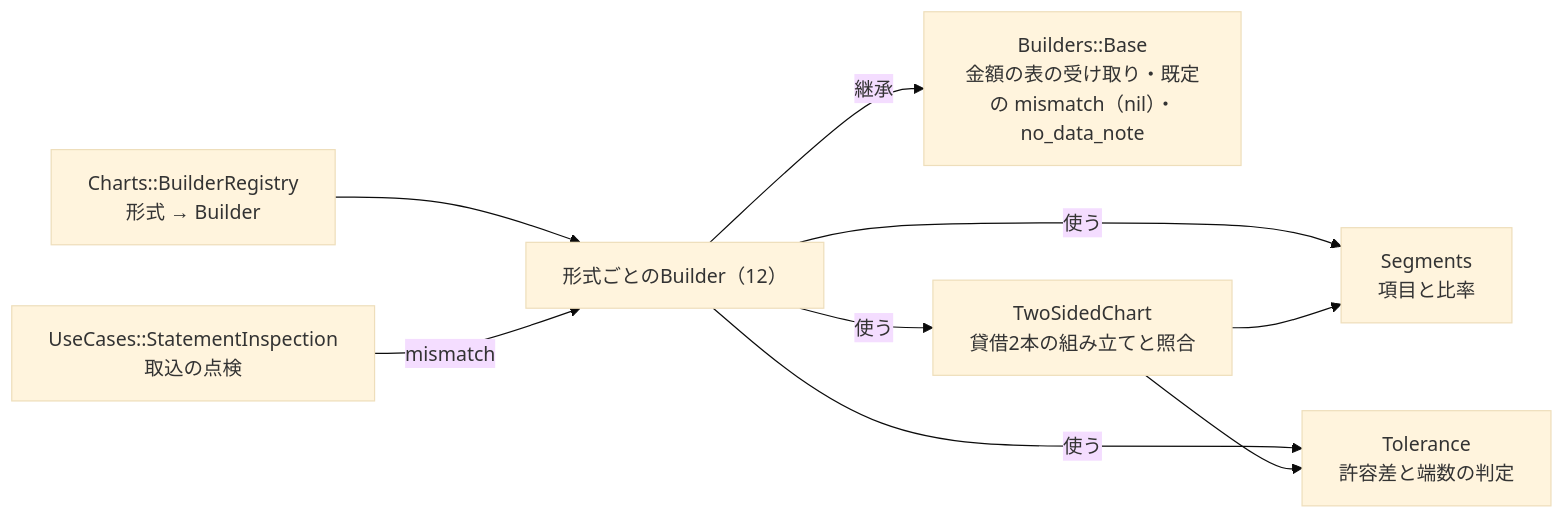
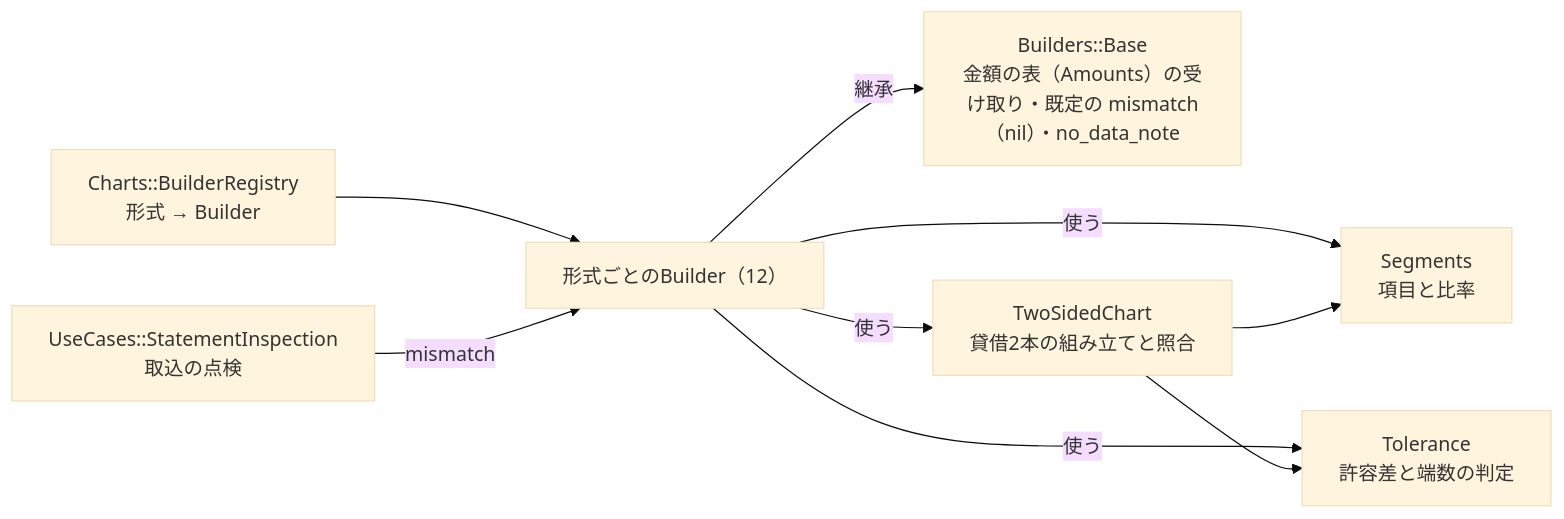
Diagram 12 of 12 in docs/guide/03_data_flow.md (shin4488/financial-statement), drawn with Mermaid (base theme) before and after one commit. The commit also changed other lines of this file and 25 other files, not shown here.

````diff
--- a/docs/guide/03_data_flow.md
+++ b/docs/guide/03_data_flow.md
@@ -567,11 +567,11 @@
 ```mermaid
 flowchart LR
     Reg["Charts::BuilderRegistry<br>形式 → Builder"] --> B["形式ごとのBuilder（12）"]
     Rec["UseCases::StatementInspection<br>取込の点検"] -->|mismatch| B
-    B -->|継承| Base["Builders::Base<br>金額の表の受け取り・既定の mismatch（nil）・no_data_note"]
+    B -->|継承| Base["Builders::Base<br>金額の表（Amounts）の受け取り・既定の mismatch（nil）・no_data_note"]
     B -->|使う| T["TwoSidedChart<br>貸借2本の組み立てと照合"]
     B -->|使う| S["Segments<br>項目と比率"]
     B -->|使う| Tol["Tolerance<br>許容差と端数の判定"]
     T --> S
     T --> Tol
 ```
````
